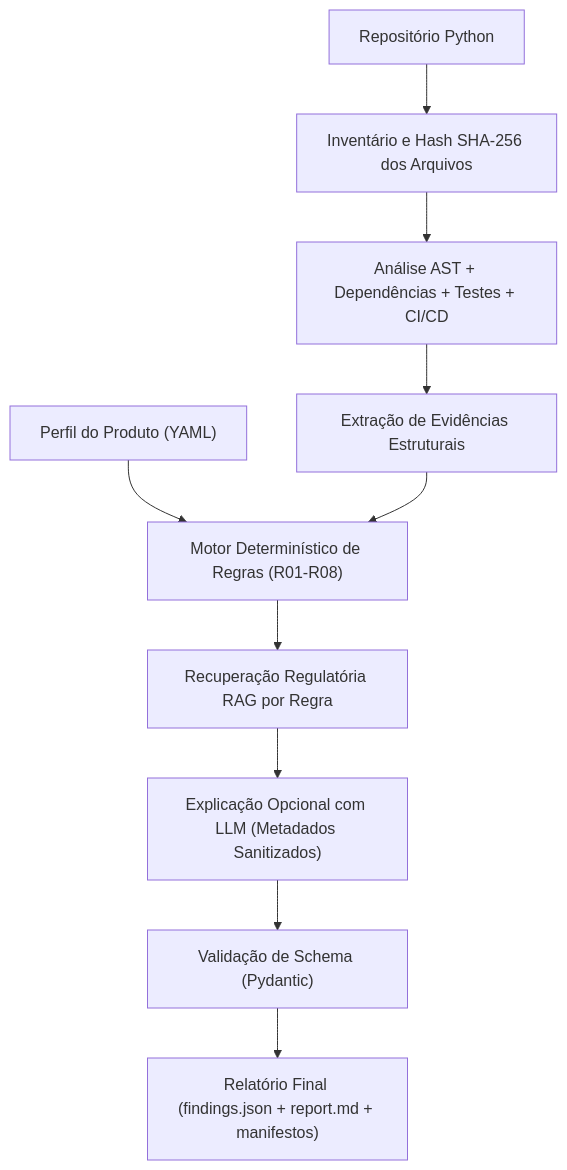
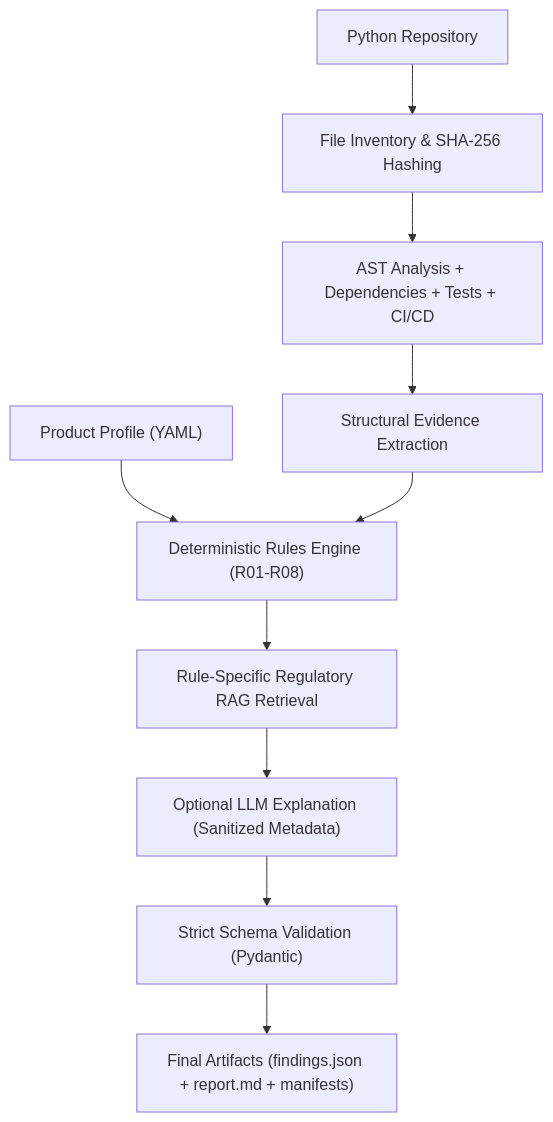
One commit to Vitor-Benosse/TraceAST-62304-Poc changed the diagram in README.md. Above: the diagram before and after it, drawn with Mermaid. The commit also changed other lines of this file and 18 other files, not shown here.

````diff
--- a/README.md
+++ b/README.md
@@ -67,12 +73,12 @@
 ```mermaid
 flowchart TD
-    R["Repositório Python"] --> INV["Inventário e Hash SHA-256 dos Arquivos"]
-    INV --> AST["Análise AST + Dependências + Testes + CI/CD"]
-    AST --> EV["Extração de Evidências Estruturais"]
-    PRF["Perfil do Produto (YAML)"] --> RULES["Motor Determinístico de Regras (R01-R08)"]
+    R["Python Repository"] --> INV["File Inventory & SHA-256 Hashing"]
+    INV --> AST["AST Analysis + Dependencies + Tests + CI/CD"]
+    AST --> EV["Structural Evidence Extraction"]
+    PRF["Product Profile (YAML)"] --> RULES["Deterministic Rules Engine (R01-R08)"]
     EV --> RULES
-    RULES --> RAG["Recuperação Regulatória RAG por Regra"]
-    RAG --> LLM["Explicação Opcional com LLM (Metadados Sanitizados)"]
-    LLM --> VAL["Validação de Schema (Pydantic)"]
-    VAL --> OUT["Relatório Final (findings.json + report.md + manifestos)"]
+    RULES --> RAG["Rule-Specific Regulatory RAG Retrieval"]
+    RAG --> LLM["Optional LLM Explanation (Sanitized Metadata)"]
+    LLM --> VAL["Strict Schema Validation (Pydantic)"]
+    VAL --> OUT["Final Artifacts (findings.json + report.md + manifests)"]
 ```
````
